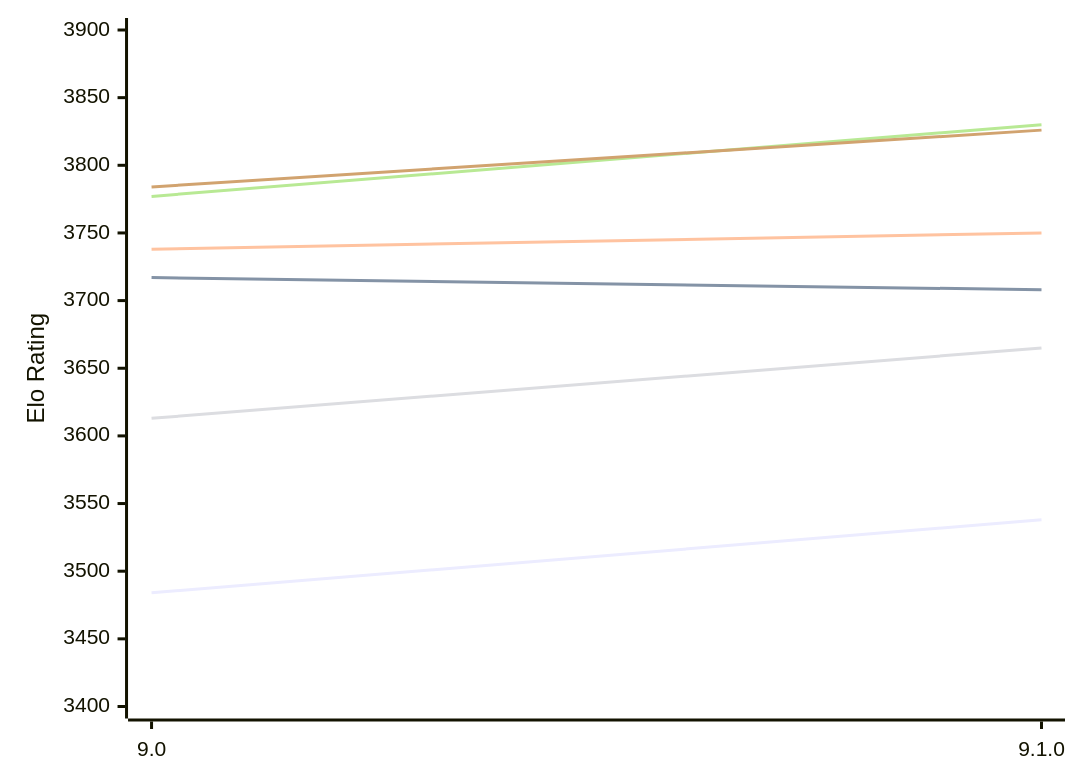
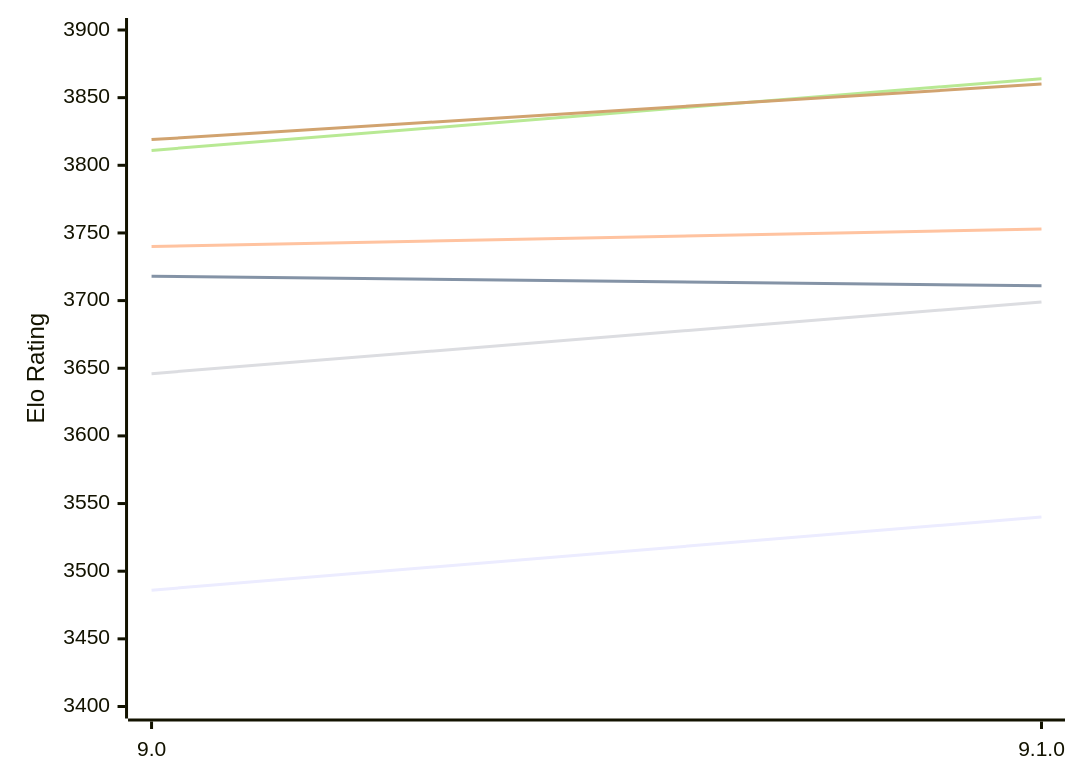
One commit to computer-chess-index/cci changed the first of 2 diagrams in engines/Alexandria.md. Above: the diagram before and after it, drawn with Mermaid. The commit also changed other lines of this file, not shown here.

Commit message:
Update CCI Ratings (ELO VLTC) - 2026-11-05

````diff
--- a/engines/Alexandria.md
+++ b/engines/Alexandria.md
@@ -54,12 +54,12 @@
 ```mermaid
 %%{init: {"theme":"base","themeVariables":{"seriesColors:['#a3a3a3','#222221','#faa371']}}}%%
 xychart-beta
   x-axis ["9.0", "9.1.0"]
   y-axis "Elo Rating" 3400 --> 3900
-  line "E1: STC (8.0+0.08s)" [3484, 3538]
-  line "E1: LTC (60.0+0.60s)" [3717, 3708]
-  line "E1: VLTC (2m24s+1.12s)" [3738, 3750]
-  line "P1: STC (8.0+0.08s)" [3613, 3665]
-  line "P1: LTC (60.0+0.60s)" [3777, 3830]
-  line "P1: VLTC (2m24s+1.12s)" [3784, 3826]
+  line "E1: STC (8.0+0.08s)" [3486, 3540]
+  line "E1: LTC (60.0+0.60s)" [3718, 3711]
+  line "E1: VLTC (2m24s+1.12s)" [3740, 3753]
+  line "P1: STC (8.0+0.08s)" [3646, 3699]
+  line "P1: LTC (60.0+0.60s)" [3811, 3864]
+  line "P1: VLTC (2m24s+1.12s)" [3819, 3860]
 ```
````
